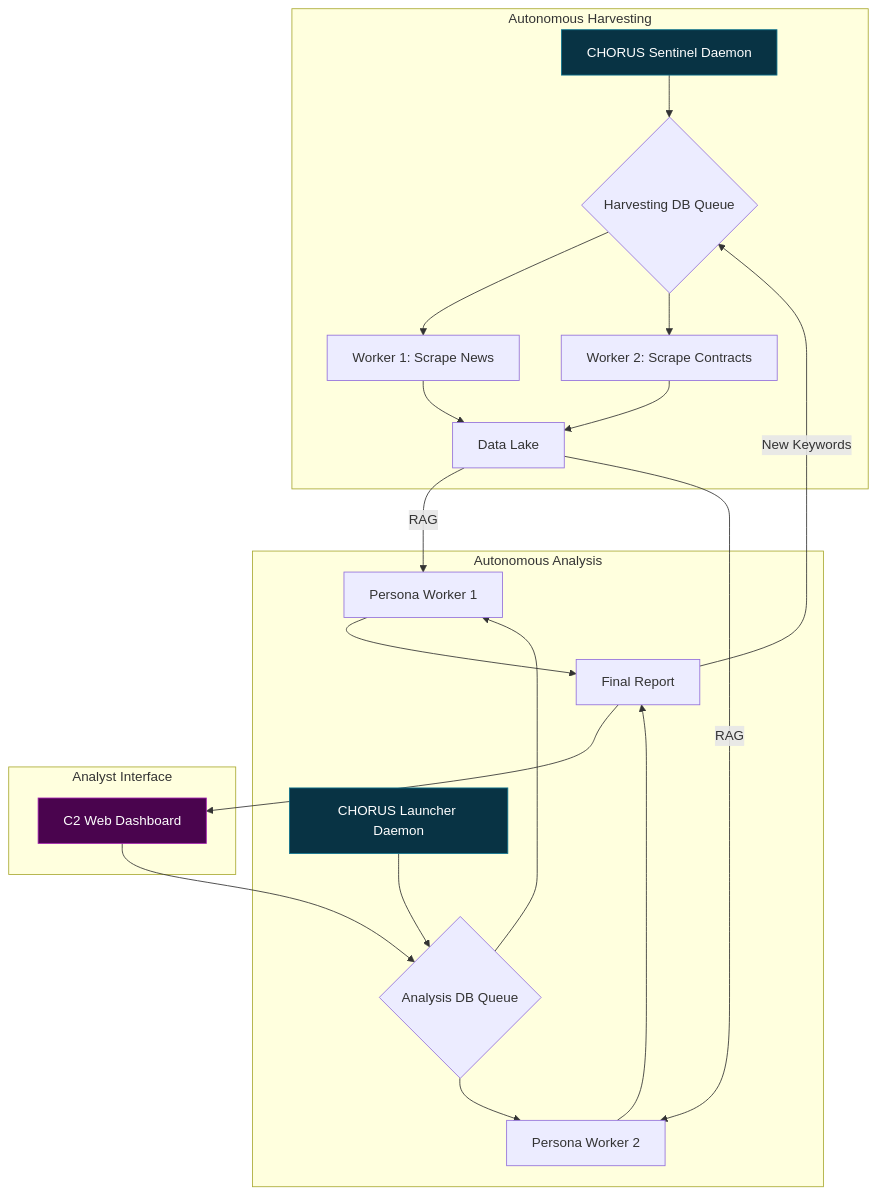
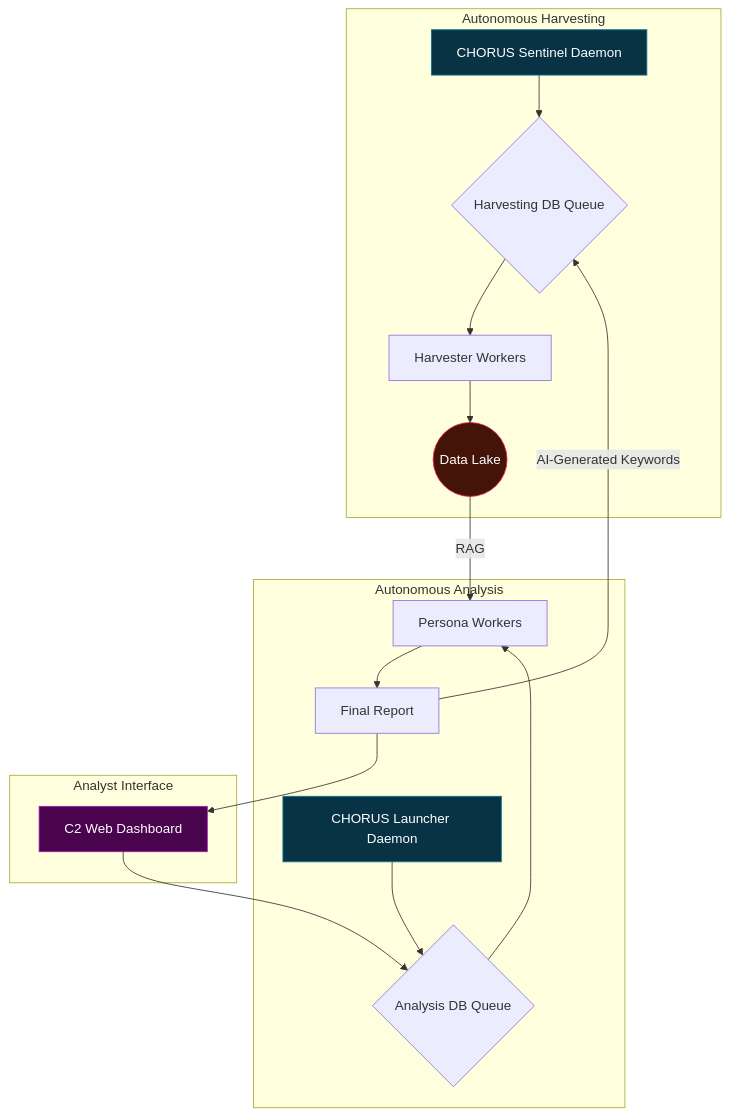
One commit to emergentcomplex/CHORUS changed the first of 3 diagrams in README.md. Above: the diagram before and after it, drawn with Mermaid. The commit also changed other lines of this file, not shown here.

````diff
--- a/README.md
+++ b/README.md
@@ -36,31 +41,27 @@
 ```mermaid
 graph TD
     subgraph "Autonomous Harvesting"
         A[CHORUS Sentinel Daemon] --> B{Harvesting DB Queue};
-        B --> C[Worker 1: Scrape News];
-        B --> D[Worker 2: Scrape Contracts];
-        C --> E[Data Lake];
-        D --> E;
+        B --> C[Harvester Workers];
+        C --> E((Data Lake));
     end
 
     subgraph "Autonomous Analysis"
         F[CHORUS Launcher Daemon] --> G{Analysis DB Queue};
-        G --> H[Persona Worker 1];
-        G --> I[Persona Worker 2];
+        G --> H[Persona Workers];
         H --> J[Final Report];
-        I --> J;
     end
 
     subgraph "Analyst Interface"
         K[C2 Web Dashboard] --> G;
         J --> K;
     end
 
-    E -- RAG --> H;
-    E -- RAG --> I;
-    J -- "New Keywords" --> B;
+    E -- "RAG" --> H;
+    J -- "AI-Generated Keywords" --> B;
 
     style A fill:#083344,stroke:#0e7490,color:#fff
     style F fill:#083344,stroke:#0e7490,color:#fff
     style K fill:#4a044e,stroke:#a21caf,color:#fff
+    style E fill:#431407,stroke:#e11d48,color:#fff
 ```
````
